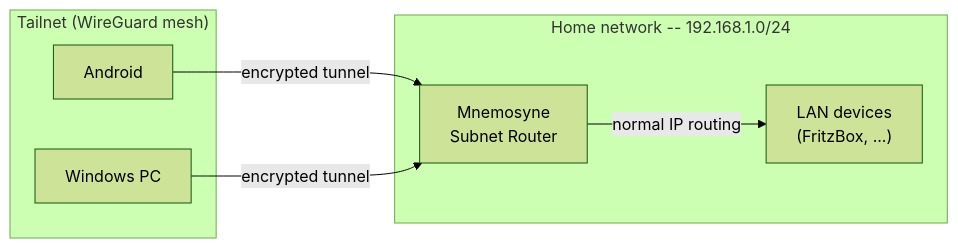
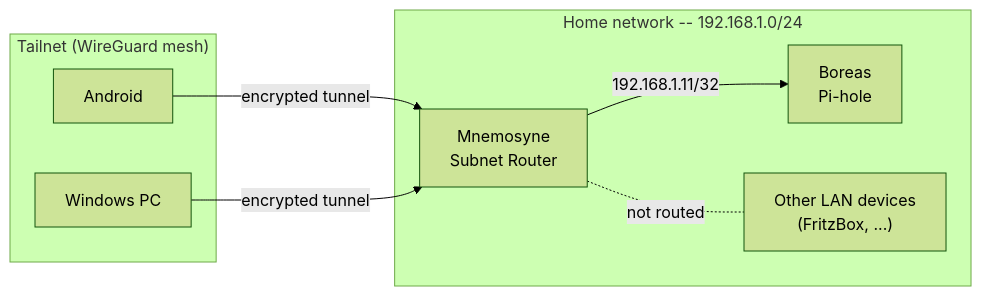
One commit to Andre-A-Dev/homelab-gitops changed the diagram in wiki/Tailscale.md. Above: the diagram before and after it, drawn with Mermaid (forest theme). The commit also changed other lines of this file and 1 other file, not shown here.

````diff
--- a/wiki/Tailscale.md
+++ b/wiki/Tailscale.md
@@ -23,14 +24,16 @@
 ```mermaid
 graph LR
     subgraph tailnet["Tailnet (WireGuard mesh)"]
         Android["Android"]
         Win["Windows PC"]
     end
     subgraph home["Home network -- 192.168.1.0/24"]
         Mnemosyne["Mnemosyne\nSubnet Router"]
-        Devices["LAN devices\n(FritzBox, ...)"]
+        Boreas["Boreas\nPi-hole"]
+        Devices["Other LAN devices\n(FritzBox, ...)"]
     end
     Android -- "encrypted tunnel" --> Mnemosyne
     Win -- "encrypted tunnel" --> Mnemosyne
-    Mnemosyne -- "normal IP routing" --> Devices
+    Mnemosyne -- "192.168.1.11/32" --> Boreas
+    Mnemosyne -. "not routed" .- Devices
 ```
````
